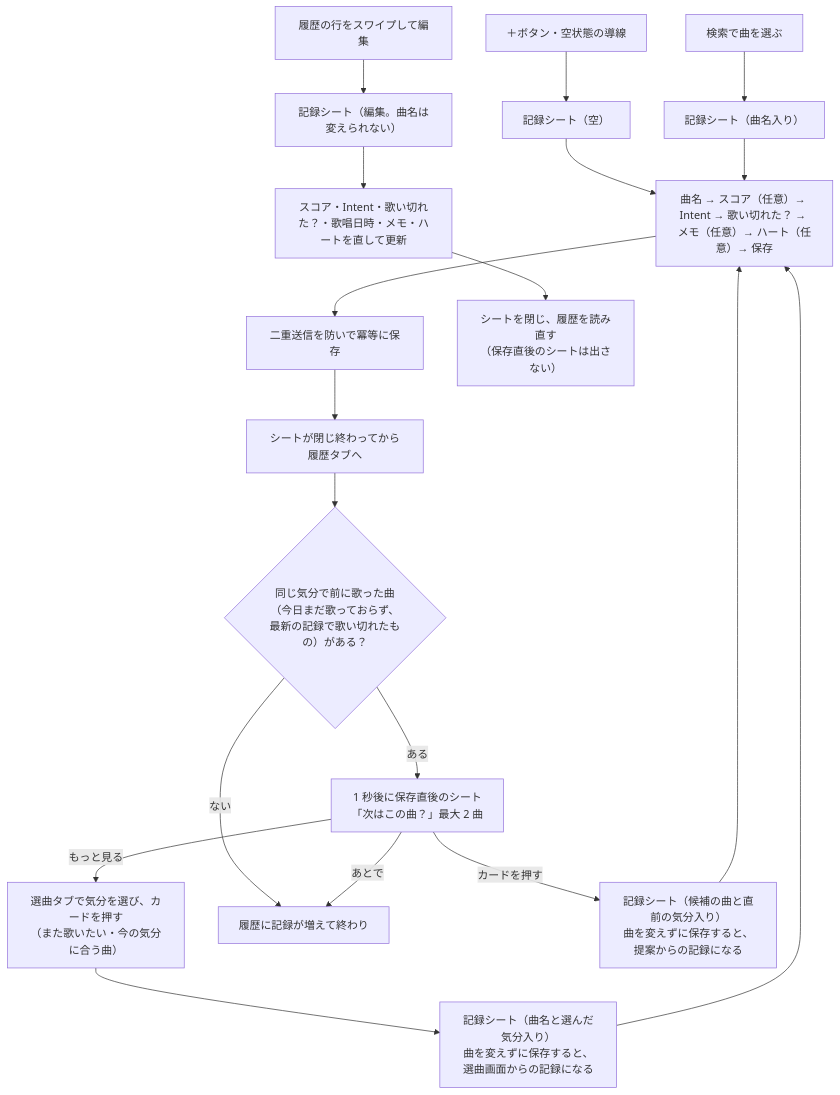
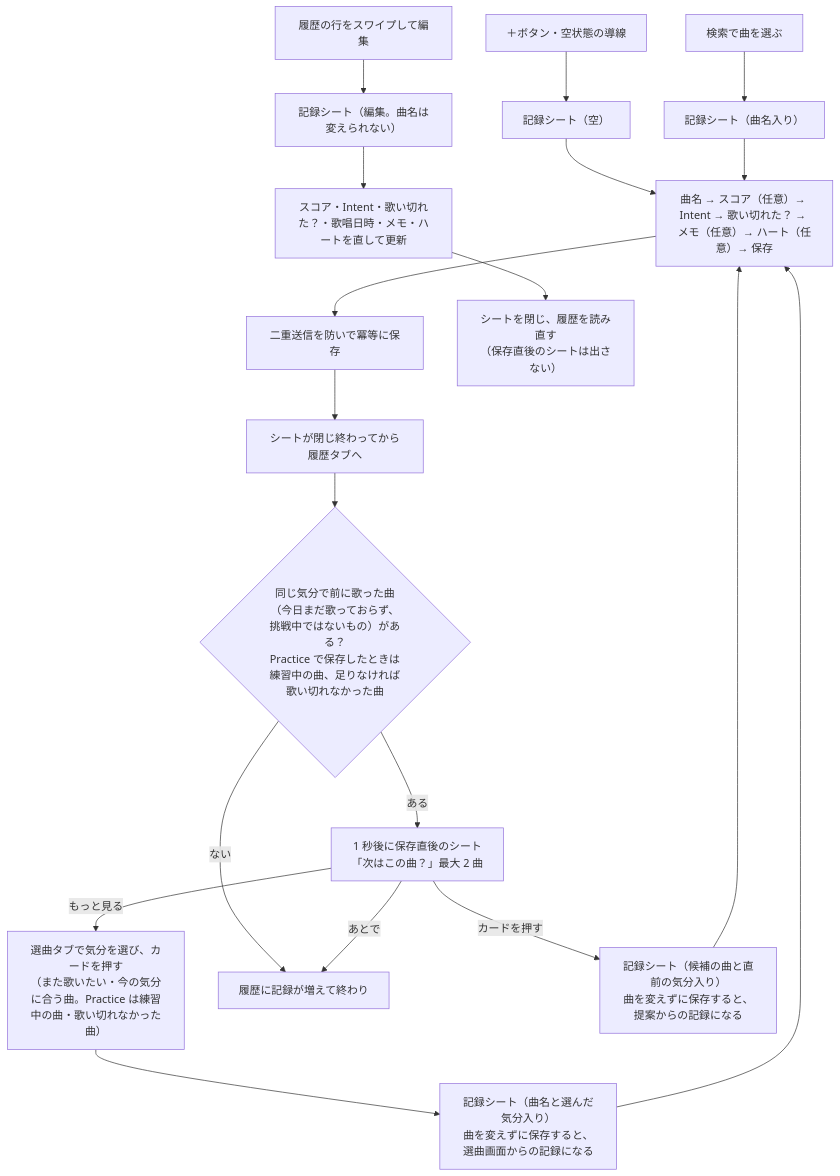
The fourth of 4 diagrams in docs/architecture.md (omomi-moti/Karaoke_support), drawn with Mermaid before and after one commit. The commit also changed 26 other files, not shown here.

````diff
--- a/docs/architecture.md
+++ b/docs/architecture.md
@@ -217,23 +217,23 @@
 ```mermaid
 flowchart TD
     P["＋ボタン・空状態の導線"] --> S1["記録シート（空）"]
     R["検索で曲を選ぶ"] --> S2["記録シート（曲名入り）"]
-    SEL["選曲タブで気分を選び、カードを押す<br>（また歌いたい・今の気分に合う曲）"] --> S5["記録シート（曲名と選んだ気分入り）<br>曲を変えずに保存すると、選曲画面からの記録になる"]
+    SEL["選曲タブで気分を選び、カードを押す<br>（また歌いたい・今の気分に合う曲。Practice は練習中の曲・歌い切れなかった曲）"] --> S5["記録シート（曲名と選んだ気分入り）<br>曲を変えずに保存すると、選曲画面からの記録になる"]
     E["履歴の行をスワイプして編集"] --> S3["記録シート（編集。曲名は変えられない）"]
 
     S1 --> IN["曲名 → スコア（任意）→ Intent → 歌い切れた？ → メモ（任意）→ ハート（任意）→ 保存"]
     S2 --> IN
     IN --> SAVE["二重送信を防いで冪等に保存"]
     SAVE --> CLOSE["シートが閉じ終わってから履歴タブへ"]
-    CLOSE --> Q{"同じ気分で前に歌った曲<br>（今日まだ歌っておらず、最新の記録で歌い切れたもの）がある？"}
+    CLOSE --> Q{"同じ気分で前に歌った曲<br>（今日まだ歌っておらず、挑戦中ではないもの）がある？<br>Practice で保存したときは練習中の曲、足りなければ歌い切れなかった曲"}
     Q -->|ある| AS["1 秒後に保存直後のシート<br>「次はこの曲？」最大 2 曲"]
     Q -->|ない| END["履歴に記録が増えて終わり"]
     AS -->|カードを押す| S4["記録シート（候補の曲と直前の気分入り）<br>曲を変えずに保存すると、提案からの記録になる"]
     AS -->|あとで| END
     AS -->|もっと見る| SEL
     S4 --> IN
     S5 --> IN
 
     S3 --> UP["スコア・Intent・歌い切れた？・歌唱日時・メモ・ハートを直して更新"]
     UP --> CLOSE2["シートを閉じ、履歴を読み直す<br>（保存直後のシートは出さない）"]
 ```
````
